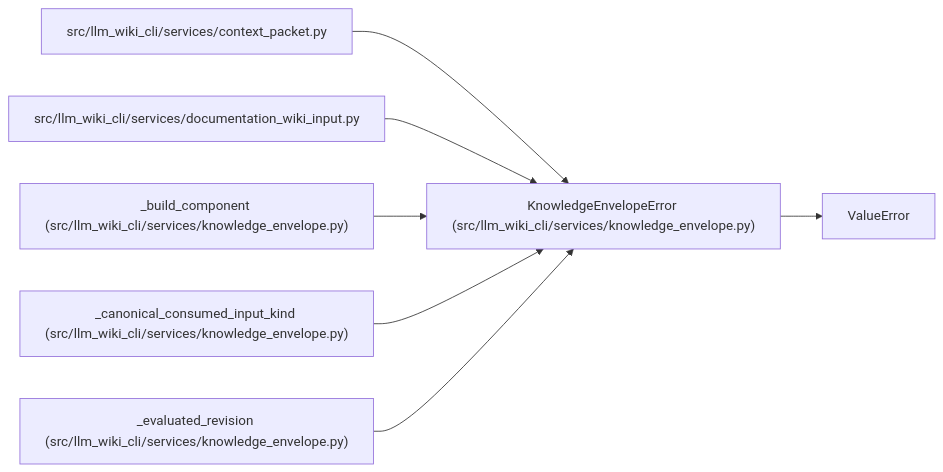
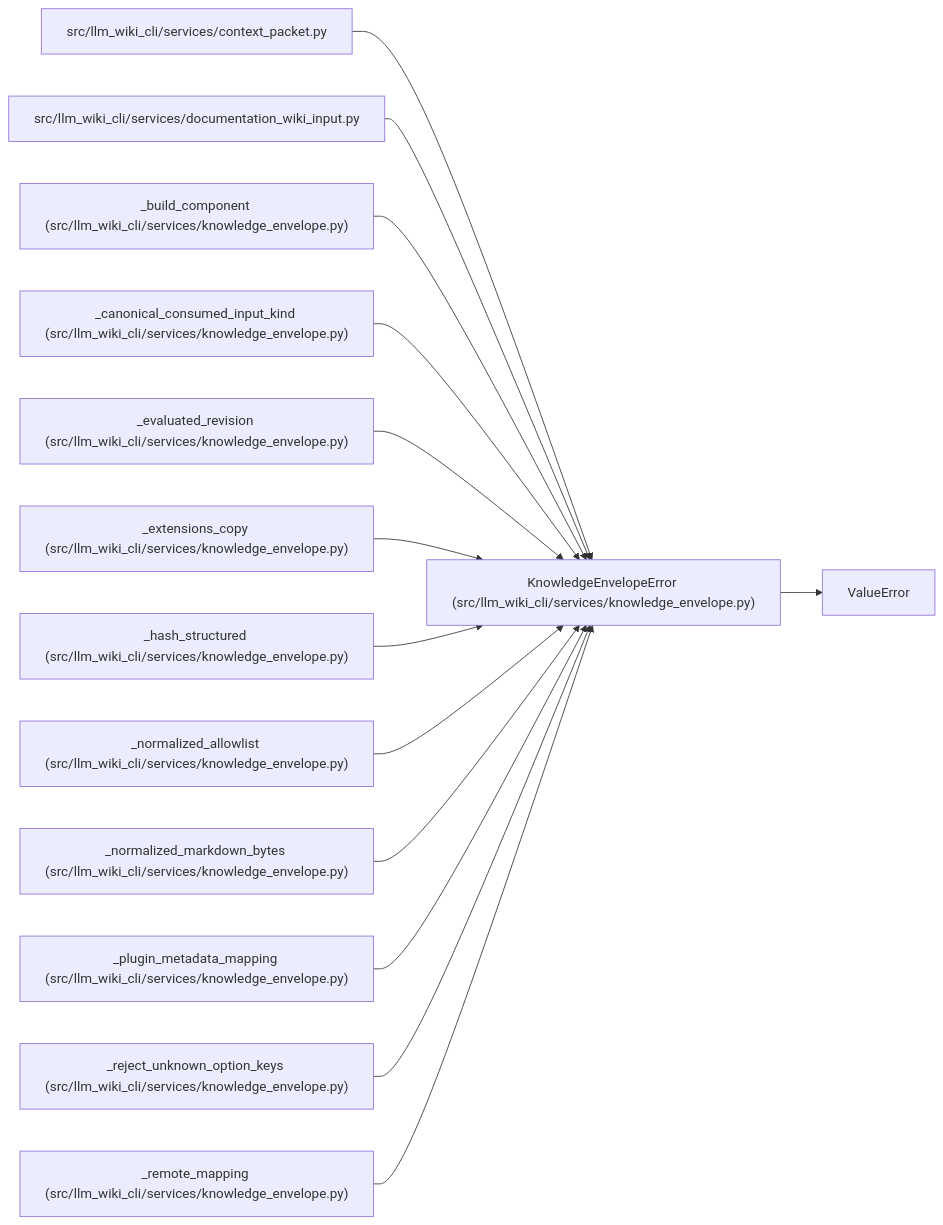
One commit to Denissvgn/python-wiki-llm changed the diagram in docs/llm_wiki/entities/KnowledgeEnvelopeError.md. Above: the diagram before and after it, drawn with Mermaid. The commit also changed other lines of this file and 493 other files, not shown here.

````diff
--- a/docs/llm_wiki/entities/KnowledgeEnvelopeError.md
+++ b/docs/llm_wiki/entities/KnowledgeEnvelopeError.md
@@ -25,22 +25,43 @@
 ```mermaid
 flowchart LR
     n0["KnowledgeEnvelopeError (src/llm_wiki_cli/services/knowledge_envelope.py)"]
     n1["ValueError"]
     n2["src/llm_wiki_cli/services/context_packet.py"]
     n3["src/llm_wiki_cli/services/documentation_wiki_input.py"]
     n4["_build_component (src/llm_wiki_cli/services/knowledge_envelope.py)"]
     n5["_canonical_consumed_input_kind (src/llm_wiki_cli/services/knowledge_envelope.py)"]
     n6["_evaluated_revision (src/llm_wiki_cli/services/knowledge_envelope.py)"]
+    n7["_extensions_copy (src/llm_wiki_cli/services/knowledge_envelope.py)"]
+    n8["_hash_structured (src/llm_wiki_cli/services/knowledge_envelope.py)"]
+    n9["_normalized_allowlist (src/llm_wiki_cli/services/knowledge_envelope.py)"]
+    n10["_normalized_markdown_bytes (src/llm_wiki_cli/services/knowledge_envelope.py)"]
+    n11["_plugin_metadata_mapping (src/llm_wiki_cli/services/knowledge_envelope.py)"]
+    n12["_reject_unknown_option_keys (src/llm_wiki_cli/services/knowledge_envelope.py)"]
+    n13["_remote_mapping (src/llm_wiki_cli/services/knowledge_envelope.py)"]
     n0 --> n1
     n2 --> n0
     n3 --> n0
     n4 --> n0
     n5 --> n0
     n6 --> n0
+    n7 --> n0
+    n8 --> n0
+    n9 --> n0
+    n10 --> n0
+    n11 --> n0
+    n12 --> n0
+    n13 --> n0
     click n0 "../modules/knowledge_envelope.md"
     click n2 "../modules/context_packet.md"
     click n3 "../modules/documentation_wiki_input.md"
     click n4 "../modules/knowledge_envelope.md"
     click n5 "../modules/knowledge_envelope.md"
     click n6 "../modules/knowledge_envelope.md"
+    click n7 "../modules/knowledge_envelope.md"
+    click n8 "../modules/knowledge_envelope.md"
+    click n9 "../modules/knowledge_envelope.md"
+    click n10 "../modules/knowledge_envelope.md"
+    click n11 "../modules/knowledge_envelope.md"
+    click n12 "../modules/knowledge_envelope.md"
+    click n13 "../modules/knowledge_envelope.md"
 ```
````
